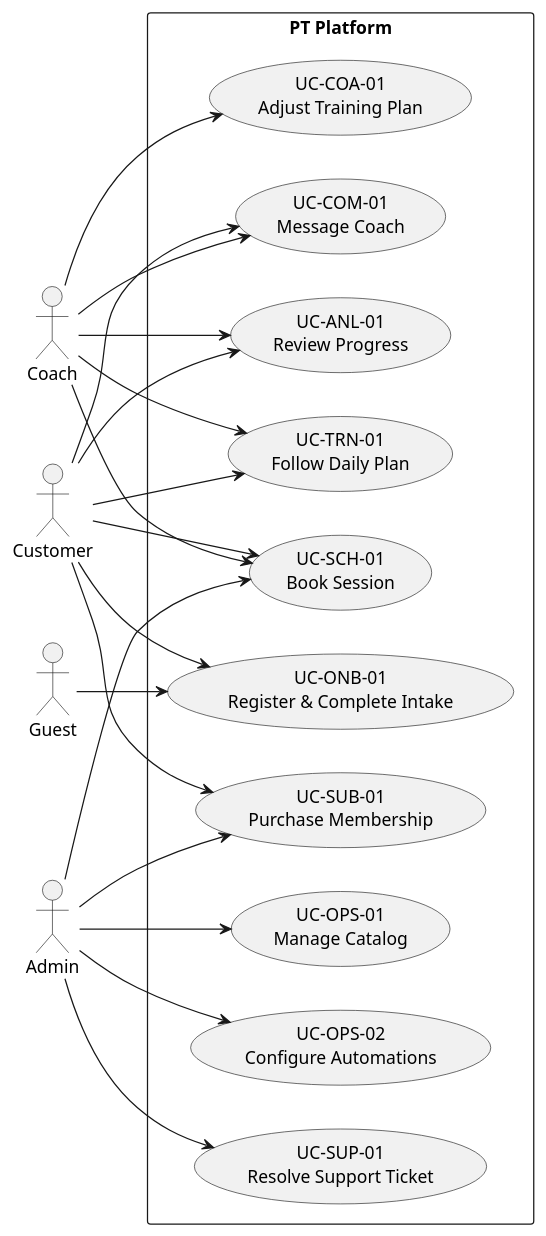
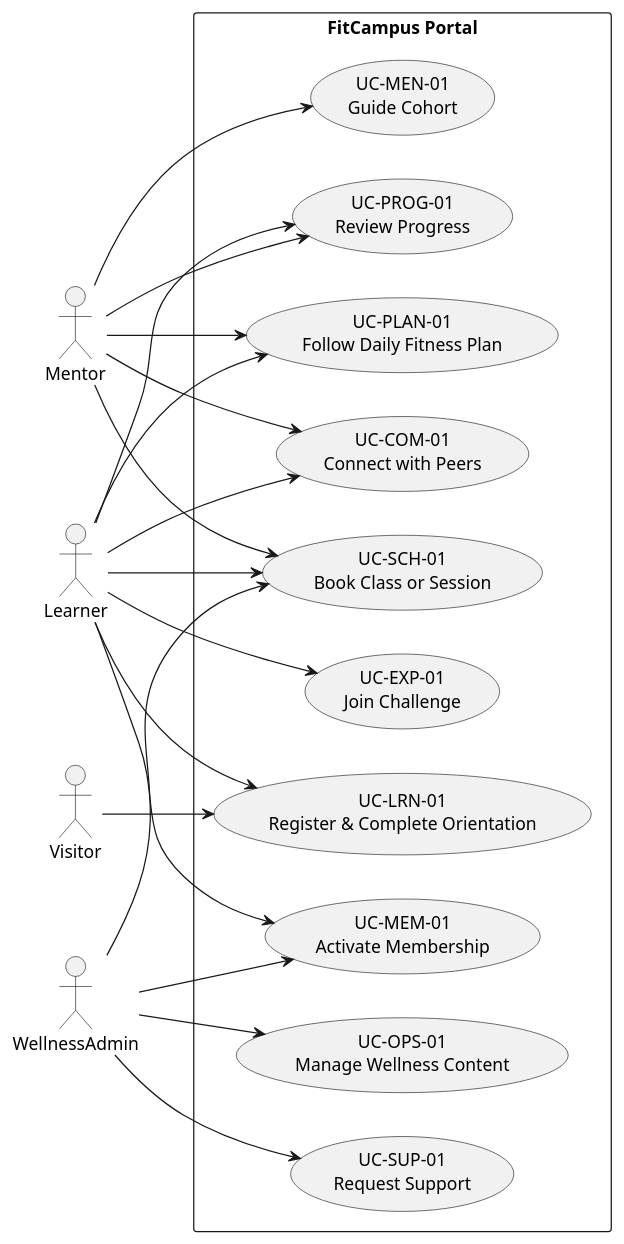
The diagram in docs/01- Requirements/UseCases.md (tuananh582/demoPT), drawn with PlantUML before and after one commit. The commit also changed other lines of this file and 52 other files, not shown here.

````diff
--- a/docs/01- Requirements/UseCases.md
+++ b/docs/01- Requirements/UseCases.md
@@ -4,40 +3,40 @@
 ```plantuml
 @startuml
 left to right direction
-actor Customer
-actor Coach
-actor Admin
-actor Guest
+actor Learner
+actor Mentor
+actor WellnessAdmin as Admin
+actor Visitor
 
-rectangle "PT Platform" {
-  usecase "UC-ONB-01\nRegister & Complete Intake" as UC1
-  usecase "UC-SUB-01\nPurchase Membership" as UC2
-  usecase "UC-TRN-01\nFollow Daily Plan" as UC3
-  usecase "UC-SCH-01\nBook Session" as UC4
-  usecase "UC-COM-01\nMessage Coach" as UC5
-  usecase "UC-ANL-01\nReview Progress" as UC6
-  usecase "UC-OPS-01\nManage Catalog" as UC7
-  usecase "UC-OPS-02\nConfigure Automations" as UC8
-  usecase "UC-COA-01\nAdjust Training Plan" as UC9
-  usecase "UC-SUP-01\nResolve Support Ticket" as UC10
+rectangle "FitCampus Portal" {
+  usecase "UC-LRN-01\nRegister & Complete Orientation" as UC1
+  usecase "UC-MEM-01\nActivate Membership" as UC2
+  usecase "UC-PLAN-01\nFollow Daily Fitness Plan" as UC3
+  usecase "UC-SCH-01\nBook Class or Session" as UC4
+  usecase "UC-COM-01\nConnect with Peers" as UC5
+  usecase "UC-PROG-01\nReview Progress" as UC6
+  usecase "UC-EXP-01\nJoin Challenge" as UC7
+  usecase "UC-MEN-01\nGuide Cohort" as UC8
+  usecase "UC-OPS-01\nManage Wellness Content" as UC9
+  usecase "UC-SUP-01\nRequest Support" as UC10
 }
 
-Guest --> UC1
-Customer --> UC1
-Customer --> UC2
-Customer --> UC3
-Customer --> UC4
-Customer --> UC5
-Customer --> UC6
-Coach --> UC3
-Coach --> UC4
-Coach --> UC5
-Coach --> UC6
-Coach --> UC9
+Visitor --> UC1
+Learner --> UC1
+Learner --> UC2
+Learner --> UC3
+Learner --> UC4
+Learner --> UC5
+Learner --> UC6
+Learner --> UC7
+Mentor --> UC3
+Mentor --> UC4
+Mentor --> UC5
+Mentor --> UC6
+Mentor --> UC8
 Admin --> UC2
 Admin --> UC4
-Admin --> UC7
-Admin --> UC8
+Admin --> UC9
 Admin --> UC10
 @enduml
 ```
````
